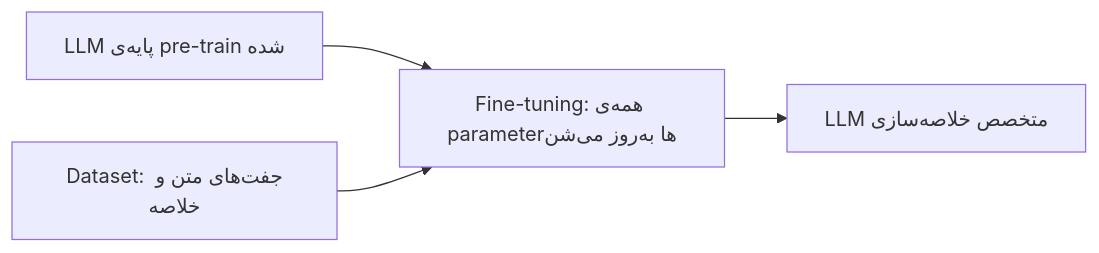
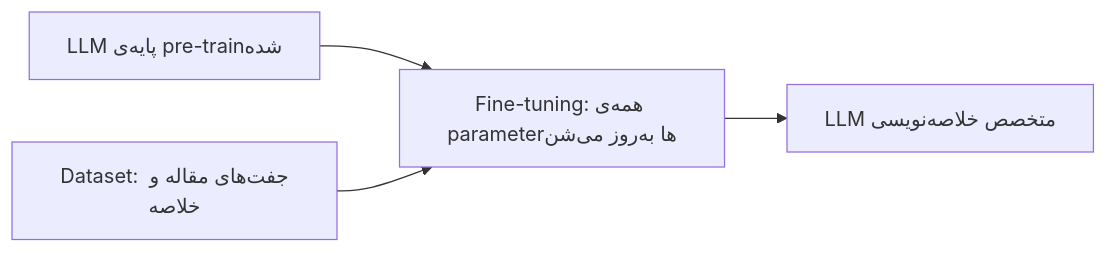
Before and after one commit to lokumai/ai-engineering-bazaar: the second of 4 diagrams in mini-courses/1_fundamentals/training_fa.md, drawn with Mermaid. The commit also changed other lines of this file and 82 other files, not shown here.

````diff
--- a/mini-courses/1_fundamentals/training_fa.md
+++ b/mini-courses/1_fundamentals/training_fa.md
@@ -119,6 +119,6 @@
 ```mermaid
 graph LR
-    A["LLM پایه‌ی pre-train شده"] --> C["Fine-tuning: همه‌ی parameter‌ها به‌روز می‌شن"]
-    B["Dataset: جفت‌های متن و خلاصه"] --> C
-    C --> D["LLM متخصص خلاصه‌سازی"]
+    A["LLM پایه‌ی pre-train‌شده"] --> C["Fine-tuning: همه‌ی parameter‌ها به‌روز می‌شن"]
+    B["Dataset: جفت‌های مقاله و خلاصه"] --> C
+    C --> D["LLM متخصص خلاصه‌نویسی"]
 ```
````
